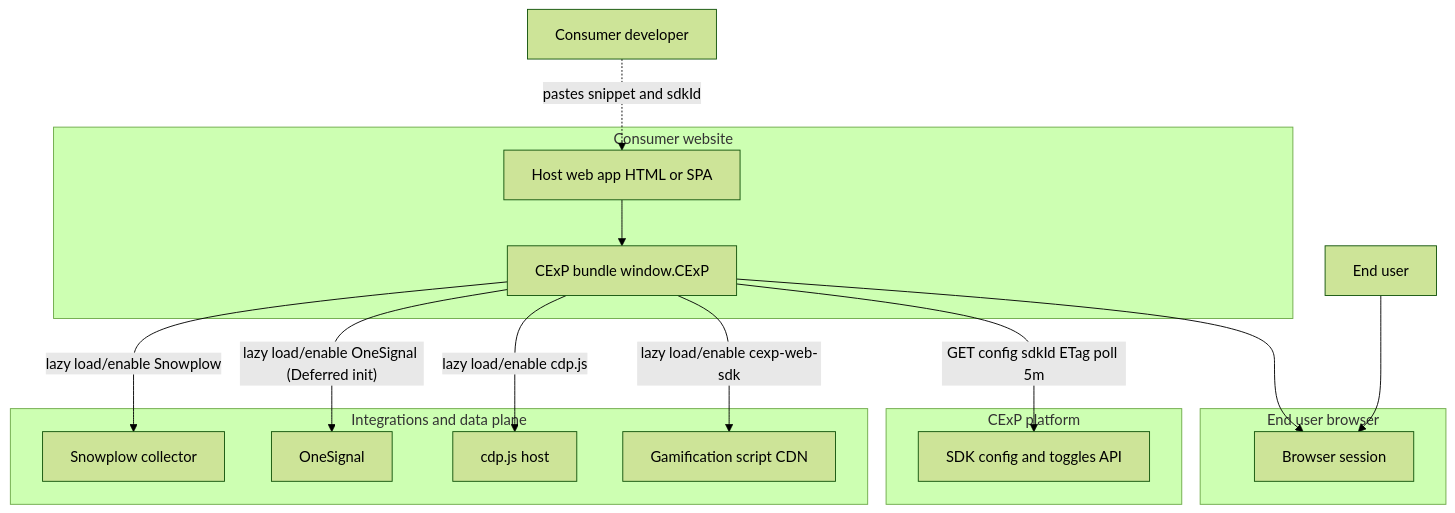
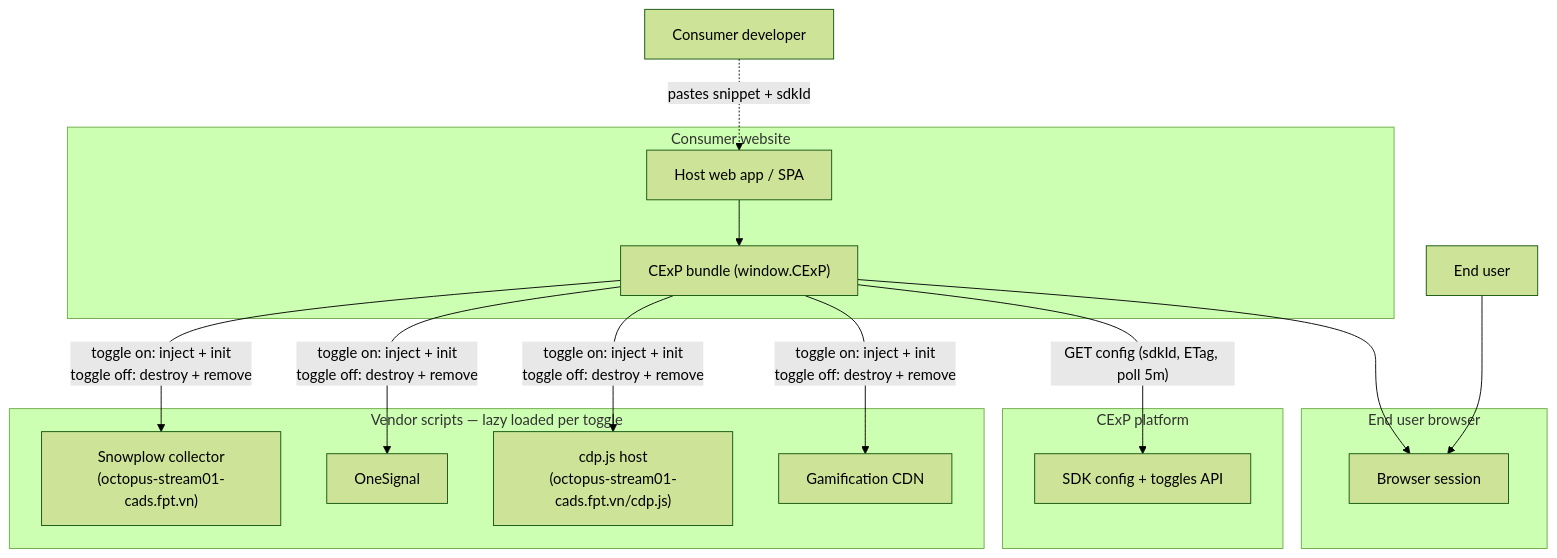
One commit to CExP-dev/cexp-hub-sdk changed the first of 8 diagrams in docs/superpowers/architecture/2026-03-20-cexp-hub-sdk-system-architecture.md. Above: the diagram before and after it, drawn with Mermaid (forest theme). The commit also changed other lines of this file and 12 other files, not shown here.

````diff
--- a/docs/superpowers/architecture/2026-03-20-cexp-hub-sdk-system-architecture.md
+++ b/docs/superpowers/architecture/2026-03-20-cexp-hub-sdk-system-architecture.md
@@ -17,34 +30,34 @@
 ```mermaid
 flowchart TB
   subgraph consumerEnv [Consumer website]
-    Site[Host web app HTML or SPA]
-    Script[CExP bundle window.CExP]
+    Site[Host web app / SPA]
+    Script["CExP bundle (window.CExP)"]
     Site --> Script
   end
 
   subgraph endUser [End user browser]
     Browser[Browser session]
   end
 
   Script --> Browser
 
   subgraph cexpBackend [CExP platform]
-    ConfigAPI[SDK config and toggles API]
+    ConfigAPI[SDK config + toggles API]
   end
 
-  subgraph vendors [Integrations and data plane]
-    SnowplowCol[Snowplow collector]
+  subgraph vendors [Vendor scripts — lazy loaded per toggle]
+    SnowplowCol["Snowplow collector\n(octopus-stream01-cads.fpt.vn)"]
     OneSignalSvc[OneSignal]
-    CdpHost[cdp.js host]
-    GamCDN[Gamification script CDN]
+    CdpHost["cdp.js host\n(octopus-stream01-cads.fpt.vn/cdp.js)"]
+    GamCDN[Gamification CDN]
   end
 
-  Consumer[Consumer developer] -.->|"pastes snippet and sdkId"| Site
+  Consumer[Consumer developer] -.->|"pastes snippet + sdkId"| Site
   EndUserPerson[End user] --> Browser
 
-  Script -->|"GET config sdkId ETag poll 5m"| ConfigAPI
-  Script -->|"lazy load/enable Snowplow"| SnowplowCol
-  Script -->|"lazy load/enable OneSignal (Deferred init)"| OneSignalSvc
-  Script -->|"lazy load/enable cdp.js"| CdpHost
-  Script -->|"lazy load/enable cexp-web-sdk"| GamCDN
+  Script -->|"GET config (sdkId, ETag, poll 5m)"| ConfigAPI
+  Script -->|"toggle on: inject + init\ntoggle off: destroy + remove"| SnowplowCol
+  Script -->|"toggle on: inject + init\ntoggle off: destroy + remove"| OneSignalSvc
+  Script -->|"toggle on: inject + init\ntoggle off: destroy + remove"| CdpHost
+  Script -->|"toggle on: inject + init\ntoggle off: destroy + remove"| GamCDN
 ```
````
